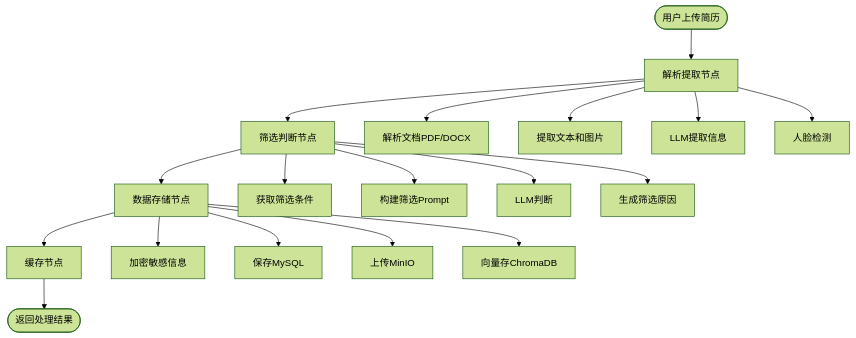
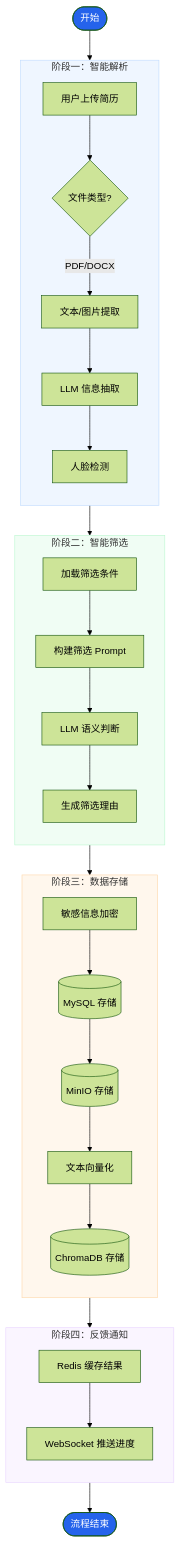
One commit to xt765/ResumeScreening changed the fourth of 11 diagrams in docs/architecture.md. Above: the diagram before and after it, drawn with Mermaid (forest theme). The commit also changed other lines of this file and 5 other files, not shown here.

Commit message:
refactor: remove similarity score and update documentation diagrams

````diff
--- a/docs/architecture.md
+++ b/docs/architecture.md
@@ -241,23 +244,44 @@
 ```mermaid
-graph TB
-    A([用户上传简历]) --> B[解析提取节点]
-    B --> C[筛选判断节点]
-    C --> D[数据存储节点]
-    D --> E[缓存节点]
-    E --> F([返回处理结果])
+graph TD
+    Start([开始]) --> Upload[用户上传简历]
     
-    B --> B1[解析文档PDF/DOCX]
-    B --> B2[提取文本和图片]
-    B --> B3[LLM提取信息]
-    B --> B4[人脸检测]
+    subgraph P1 [阶段一：智能解析]
+        direction TB
+        Upload --> Parse{文件类型?}
+        Parse -->|PDF/DOCX| Extract[文本/图片提取]
+        Extract --> LLM1[LLM 信息抽取]
+        LLM1 --> Face[人脸检测]
+    end
     
-    C --> C1[获取筛选条件]
-    C --> C2[构建筛选Prompt]
-    C --> C3[LLM判断]
-    C --> C4[生成筛选原因]
+    subgraph P2 [阶段二：智能筛选]
+        direction TB
+        Face --> Cond[加载筛选条件]
+        Cond --> Prompt[构建筛选 Prompt]
+        Prompt --> LLM2[LLM 语义判断]
+        LLM2 --> Reason[生成筛选理由]
+    end
     
-    D --> D1[加密敏感信息]
-    D --> D2[保存MySQL]
-    D --> D3[上传MinIO]
-    D --> D4[向量存ChromaDB]
+    subgraph P3 [阶段三：数据存储]
+        direction TB
+        Reason --> Encrypt[敏感信息加密]
+        Encrypt --> SaveDB[(MySQL 存储)]
+        SaveDB --> SaveOSS[(MinIO 存储)]
+        SaveOSS --> Embed[文本向量化]
+        Embed --> SaveVec[(ChromaDB 存储)]
+    end
+    
+    subgraph P4 [阶段四：反馈通知]
+        direction TB
+        SaveVec --> Cache[Redis 缓存结果]
+        Cache --> Notify[WebSocket 推送进度]
+    end
+
+    Notify --> End([流程结束])
+
+    style Start fill:#2563eb,color:#fff
+    style End fill:#2563eb,color:#fff
+    style P1 fill:#eff6ff,stroke:#bfdbfe
+    style P2 fill:#f0fdf4,stroke:#bbf7d0
+    style P3 fill:#fff7ed,stroke:#fed7aa
+    style P4 fill:#faf5ff,stroke:#e9d5ff
 ```
````
